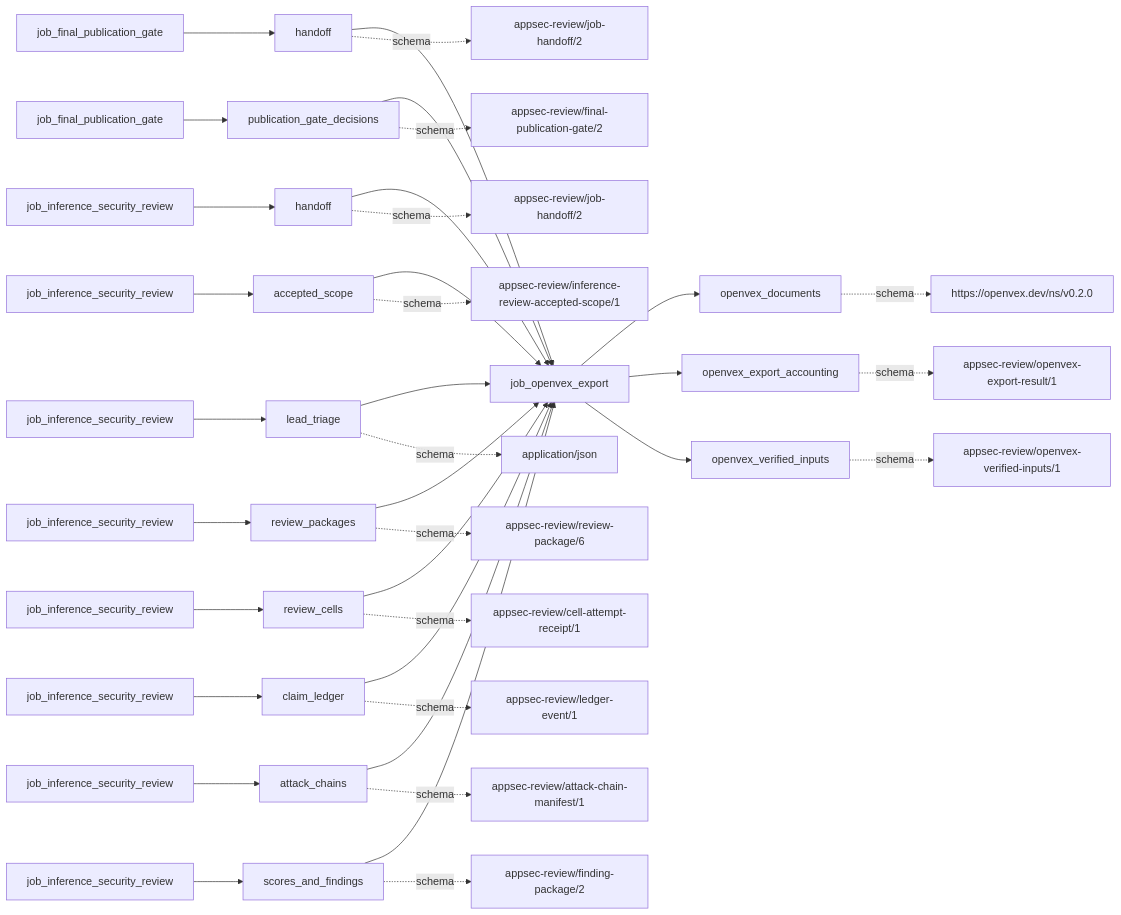
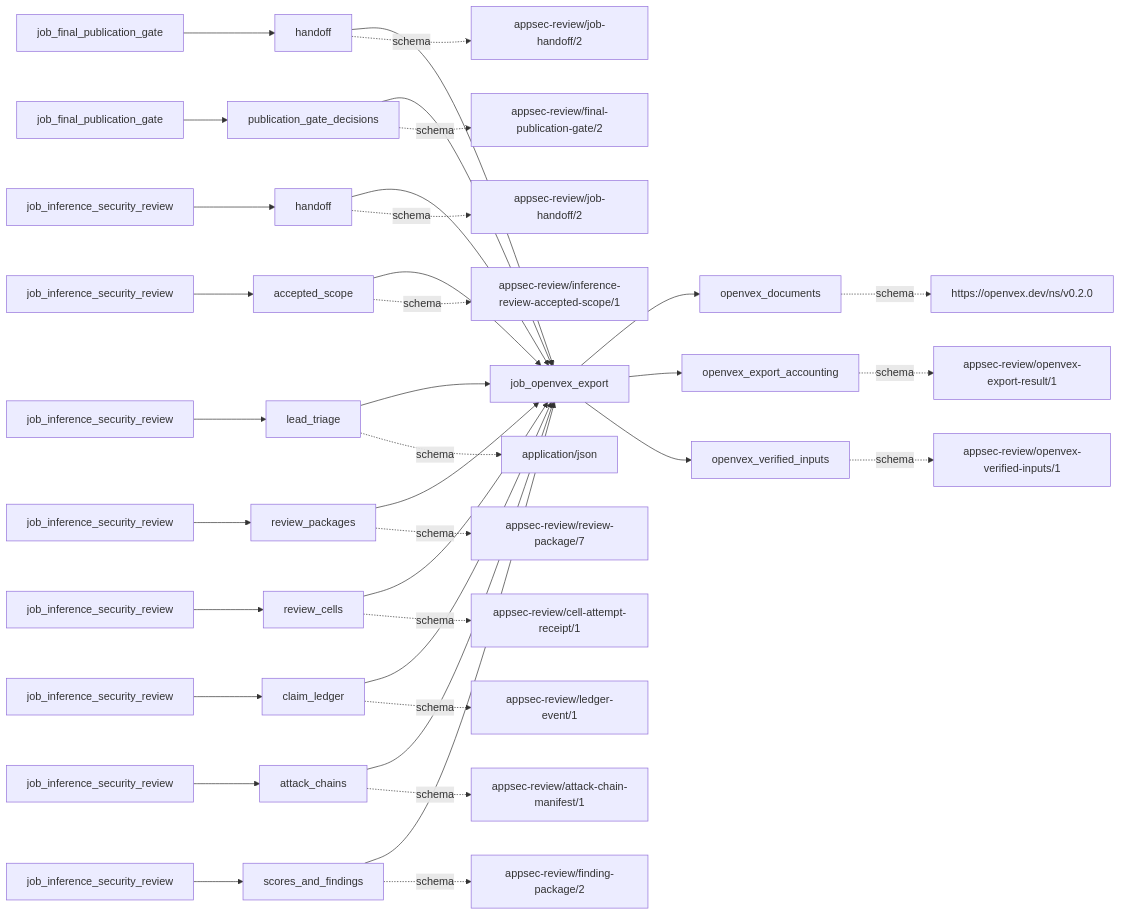
Before and after one commit to wsollers/appsec-review: the first of 2 diagrams in docs/operations/job_openvex_export.md, drawn with Mermaid. The commit also changed other lines of this file and 3 other files, not shown here.

Commit message:
docs: regenerate the remaining job operation pages for review-package/7

````diff
--- a/docs/operations/job_openvex_export.md
+++ b/docs/operations/job_openvex_export.md
@@ -82,66 +82,66 @@
 ```mermaid
 flowchart LR
   job["job_openvex_export"]
   producer0["job_final_publication_gate"]
   input0["handoff"]
   input_schema0["appsec-review/job-handoff/2"]
   producer0 --> input0 --> job
   input0 -. schema .-> input_schema0
   producer1["job_final_publication_gate"]
   input1["publication_gate_decisions"]
   input_schema1["appsec-review/final-publication-gate/2"]
   producer1 --> input1 --> job
   input1 -. schema .-> input_schema1
   producer2["job_inference_security_review"]
   input2["handoff"]
   input_schema2["appsec-review/job-handoff/2"]
   producer2 --> input2 --> job
   input2 -. schema .-> input_schema2
   producer3["job_inference_security_review"]
   input3["accepted_scope"]
   input_schema3["appsec-review/inference-review-accepted-scope/1"]
   producer3 --> input3 --> job
   input3 -. schema .-> input_schema3
   producer4["job_inference_security_review"]
   input4["lead_triage"]
   input_schema4["application/json"]
   producer4 --> input4 --> job
   input4 -. schema .-> input_schema4
   producer5["job_inference_security_review"]
   input5["review_packages"]
-  input_schema5["appsec-review/review-package/6"]
+  input_schema5["appsec-review/review-package/7"]
   producer5 --> input5 --> job
   input5 -. schema .-> input_schema5
   producer6["job_inference_security_review"]
   input6["review_cells"]
   input_schema6["appsec-review/cell-attempt-receipt/1"]
   producer6 --> input6 --> job
   input6 -. schema .-> input_schema6
   producer7["job_inference_security_review"]
   input7["claim_ledger"]
   input_schema7["appsec-review/ledger-event/1"]
   producer7 --> input7 --> job
   input7 -. schema .-> input_schema7
   producer8["job_inference_security_review"]
   input8["attack_chains"]
   input_schema8["appsec-review/attack-chain-manifest/1"]
   producer8 --> input8 --> job
   input8 -. schema .-> input_schema8
   producer9["job_inference_security_review"]
   input9["scores_and_findings"]
   input_schema9["appsec-review/finding-package/2"]
   producer9 --> input9 --> job
   input9 -. schema .-> input_schema9
   output0["openvex_documents"]
   output_schema0["https://openvex.dev/ns/v0.2.0"]
   job --> output0
   output0 -. schema .-> output_schema0
   output1["openvex_export_accounting"]
   output_schema1["appsec-review/openvex-export-result/1"]
   job --> output1
   output1 -. schema .-> output_schema1
   output2["openvex_verified_inputs"]
   output_schema2["appsec-review/openvex-verified-inputs/1"]
   job --> output2
   output2 -. schema .-> output_schema2
 ```
````
